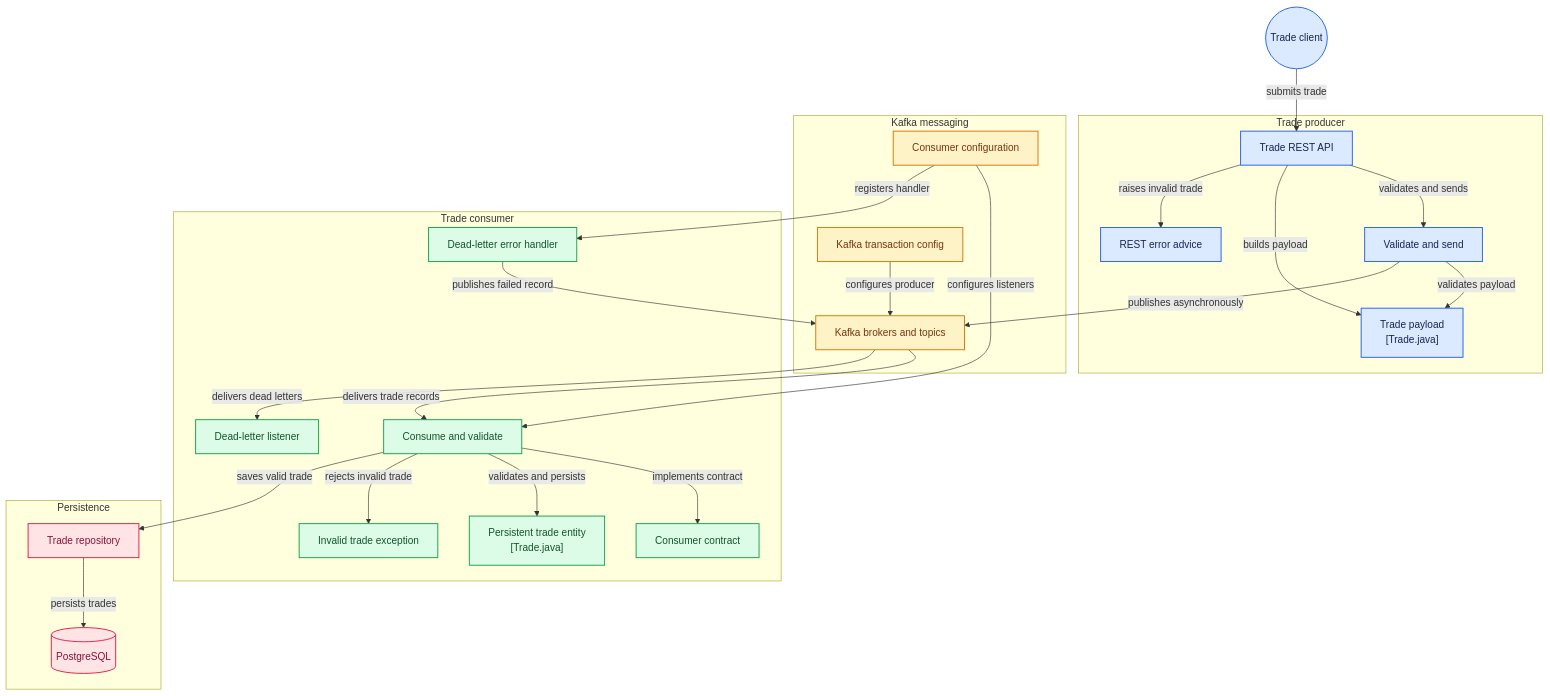
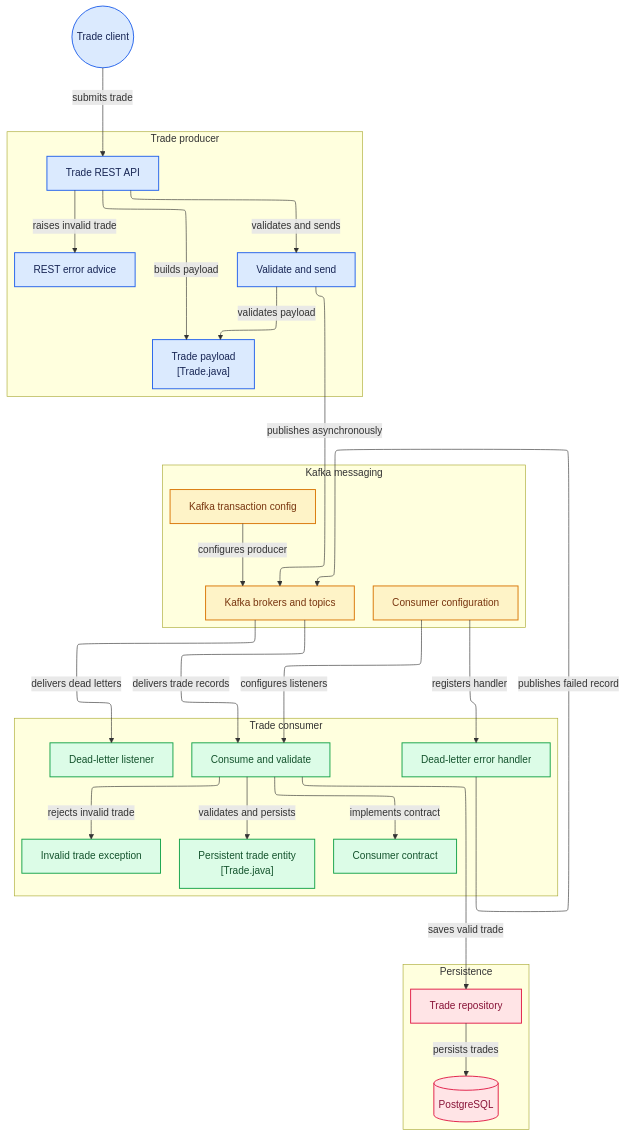
One commit to atillatan/kafka-microservices-and-transactions changed the diagram in README.md. Above: the diagram before and after it, drawn with Mermaid.

Commit message:
Use ELK layout for the architecture diagram

````diff
--- a/README.md
+++ b/README.md
@@ -4,76 +4,80 @@
 ```mermaid
+---
+config:
+  layout: elk
+---
 flowchart TD
 
 subgraph group_producer["Trade producer"]
   node_controller["Trade REST API"]
   node_producer_service["Validate and send"]
   node_producer_model["Trade payload<br/>[Trade.java]"]
   node_rest_advice["REST error advice"]
 end
 
 subgraph group_messaging["Kafka messaging"]
   node_producer_config["Kafka transaction config"]
   node_kafka["Kafka brokers and topics"]
   node_consumer_config["Consumer configuration"]
 end
 
 subgraph group_consumer["Trade consumer"]
   node_consumer_service["Consume and validate"]
   node_consumer_interface["Consumer contract"]
   node_consumer_model["Persistent trade entity<br/>[Trade.java]"]
   node_invalid_exception["Invalid trade exception"]
   node_error_handler["Dead-letter error handler"]
   node_dlt_listener["Dead-letter listener"]
 end
 
 subgraph group_persistence["Persistence"]
   node_repository["Trade repository"]
   node_postgres[("PostgreSQL")]
 end
 
 node_client(("Trade client"))
 
 node_client -->|"submits trade"| node_controller
 node_controller -->|"validates and sends"| node_producer_service
 node_controller -->|"builds payload"| node_producer_model
 node_controller -->|"raises invalid trade"| node_rest_advice
 node_producer_service -->|"validates payload"| node_producer_model
 node_producer_service -->|"publishes asynchronously"| node_kafka
 node_producer_config -->|"configures producer"| node_kafka
 node_kafka -->|"delivers trade records"| node_consumer_service
 node_consumer_config -->|"configures listeners"| node_consumer_service
 node_consumer_config -->|"registers handler"| node_error_handler
 node_consumer_service -->|"implements contract"| node_consumer_interface
 node_consumer_service -->|"validates and persists"| node_consumer_model
 node_consumer_service -->|"rejects invalid trade"| node_invalid_exception
 node_consumer_service -->|"saves valid trade"| node_repository
 node_repository -->|"persists trades"| node_postgres
 node_error_handler -->|"publishes failed record"| node_kafka
 node_kafka -->|"delivers dead letters"| node_dlt_listener
 
 click node_controller "https://github.com/atillatan/kafka-microservices-and-transactions/blob/main/src/producer/src/main/java/com/tradingcorp/producer/controller/TradeController.java"
 click node_producer_service "https://github.com/atillatan/kafka-microservices-and-transactions/blob/main/src/producer/src/main/java/com/tradingcorp/producer/service/TradeProducerService.java"
 click node_producer_model "https://github.com/atillatan/kafka-microservices-and-transactions/blob/main/src/producer/src/main/java/com/tradingcorp/model/Trade.java"
 click node_producer_config "https://github.com/atillatan/kafka-microservices-and-transactions/blob/main/src/producer/src/main/java/com/tradingcorp/producer/KafkaProducerConfig.java"
 click node_rest_advice "https://github.com/atillatan/kafka-microservices-and-transactions/blob/main/src/producer/src/main/java/com/tradingcorp/producer/controller/TradeControllerAdvice.java"
 click node_consumer_config "https://github.com/atillatan/kafka-microservices-and-transactions/blob/main/src/consumer/src/main/java/com/tradingcorp/consumer/service/KafkaConsumerConfig.java"
 click node_consumer_service "https://github.com/atillatan/kafka-microservices-and-transactions/blob/main/src/consumer/src/main/java/com/tradingcorp/consumer/service/TradeConsumerServiceImpl.java"
 click node_consumer_interface "https://github.com/atillatan/kafka-microservices-and-transactions/blob/main/src/consumer/src/main/java/com/tradingcorp/consumer/service/TradeConsumerService.java"
 click node_consumer_model "https://github.com/atillatan/kafka-microservices-and-transactions/blob/main/src/consumer/src/main/java/com/tradingcorp/model/Trade.java"
 click node_invalid_exception "https://github.com/atillatan/kafka-microservices-and-transactions/blob/main/src/consumer/src/main/java/com/tradingcorp/model/InvalidTradeException.java"
 click node_error_handler "https://github.com/atillatan/kafka-microservices-and-transactions/blob/main/src/consumer/src/main/java/com/tradingcorp/consumer/service/TradeErrorHandler.java"
 click node_repository "https://github.com/atillatan/kafka-microservices-and-transactions/blob/main/src/consumer/src/main/java/com/tradingcorp/consumer/repository/TradeRepository.java"
 click node_dlt_listener "https://github.com/atillatan/kafka-microservices-and-transactions/blob/main/src/consumer/src/main/java/com/tradingcorp/consumer/service/TradeConsumerServiceImpl.java"
 
 classDef toneNeutral fill:#f8fafc,stroke:#334155,stroke-width:1.5px,color:#0f172a
 classDef toneBlue fill:#dbeafe,stroke:#2563eb,stroke-width:1.5px,color:#172554
 classDef toneAmber fill:#fef3c7,stroke:#d97706,stroke-width:1.5px,color:#78350f
 classDef toneMint fill:#dcfce7,stroke:#16a34a,stroke-width:1.5px,color:#14532d
 classDef toneRose fill:#ffe4e6,stroke:#e11d48,stroke-width:1.5px,color:#881337
 classDef toneIndigo fill:#e0e7ff,stroke:#4f46e5,stroke-width:1.5px,color:#312e81
 classDef toneTeal fill:#ccfbf1,stroke:#0f766e,stroke-width:1.5px,color:#134e4a
 class node_controller,node_producer_service,node_producer_model,node_rest_advice,node_client toneBlue
 class node_producer_config,node_kafka,node_consumer_config toneAmber
 class node_consumer_service,node_consumer_interface,node_consumer_model,node_invalid_exception,node_error_handler,node_dlt_listener toneMint
 class node_repository,node_postgres toneRose
 ```
````
